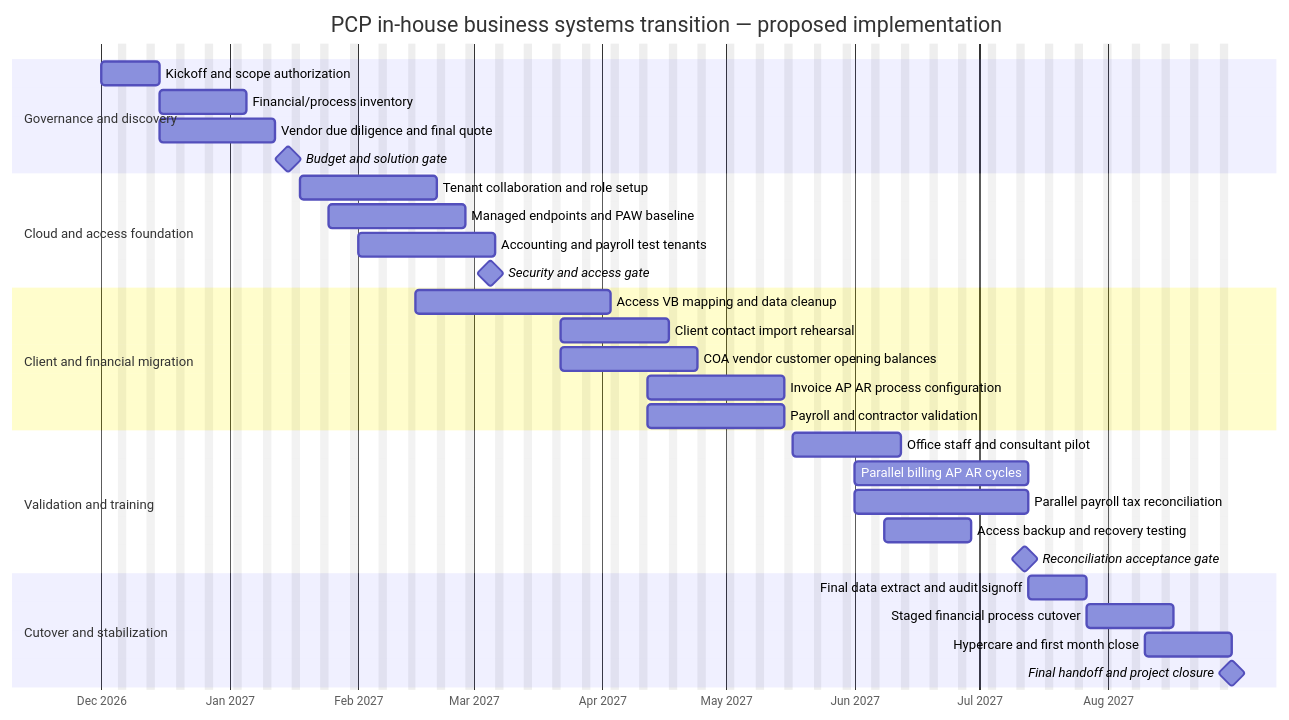
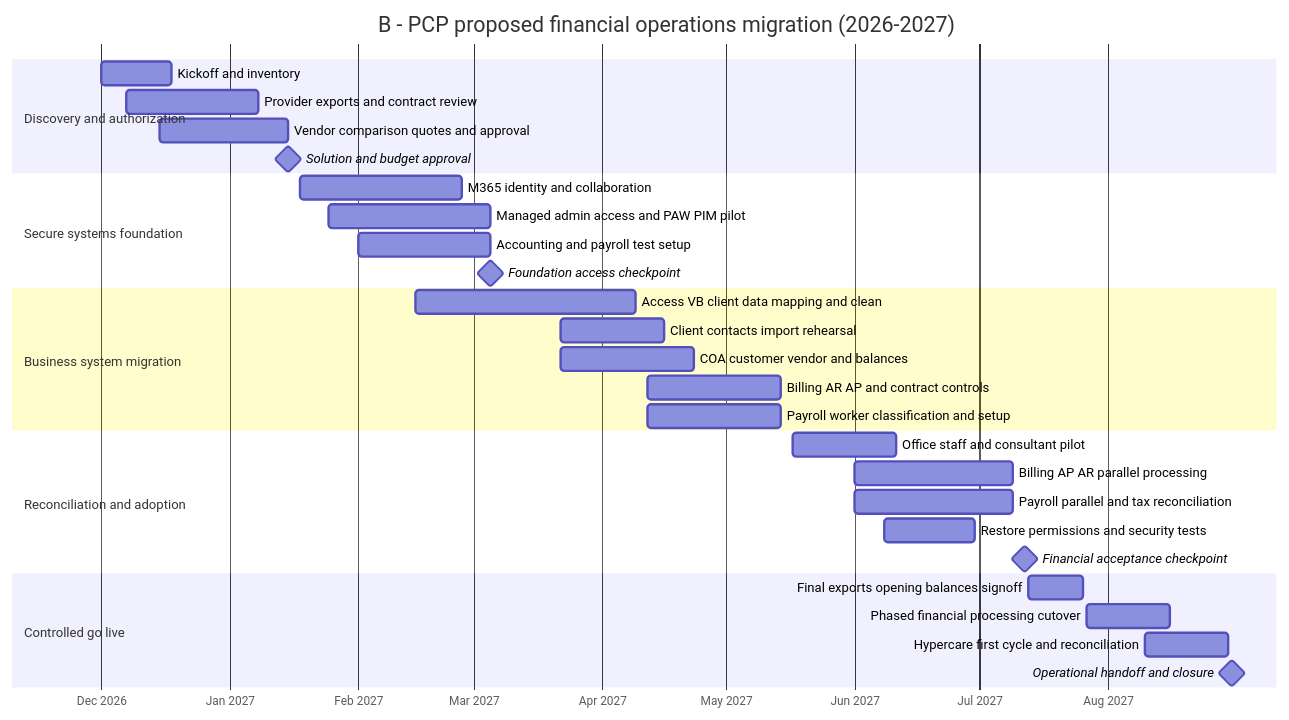
The second of 3 diagrams in docs/contingency/03-implementation-gantt.md (matthewkniskern-source/PCP-Project-Management-Consulting), drawn with Mermaid before and after one commit. The commit also changed other lines of this file, not shown here.

Commit message:
docs: expand contingency Gantt into academic, PCP rollout and integrated roadmap

````diff
--- a/docs/contingency/03-implementation-gantt.md
+++ b/docs/contingency/03-implementation-gantt.md
@@ -9,34 +39,33 @@
 ```mermaid
 gantt
-    title PCP in-house business systems transition — proposed implementation
-    dateFormat  YYYY-MM-DD
-    axisFormat  %b %Y
-    excludes weekends
-    section Governance and discovery
-    Kickoff and scope authorization       :g1, 2026-12-01, 10d
-    Financial/process inventory          :g2, after g1, 15d
-    Vendor due diligence and final quote :g3, 2026-12-15, 20d
-    Budget and solution gate             :milestone, gate1, 2027-01-15, 0d
-    section Cloud and access foundation
-    Tenant collaboration and role setup  :f1, 2027-01-18, 25d
-    Managed endpoints and PAW baseline   :f2, 2027-01-25, 25d
-    Accounting and payroll test tenants  :f3, 2027-02-01, 25d
-    Security and access gate             :milestone, gate2, 2027-03-05, 0d
-    section Client and financial migration
-    Access VB mapping and data cleanup   :d1, 2027-02-15, 35d
-    Client contact import rehearsal      :d2, 2027-03-22, 20d
-    COA vendor customer opening balances :d3, 2027-03-22, 25d
-    Invoice AP AR process configuration  :d4, 2027-04-12, 25d
-    Payroll and contractor validation    :d5, 2027-04-12, 25d
-    section Validation and training
-    Office staff and consultant pilot    :t1, 2027-05-17, 20d
-    Parallel billing AP AR cycles        :t2, 2027-06-01, 30d
-    Parallel payroll tax reconciliation  :t3, 2027-06-01, 30d
-    Access backup and recovery testing   :t4, 2027-06-08, 15d
-    Reconciliation acceptance gate       :milestone, gate3, 2027-07-12, 0d
-    section Cutover and stabilization
-    Final data extract and audit signoff :c1, 2027-07-13, 10d
-    Staged financial process cutover     :c2, 2027-07-27, 15d
-    Hypercare and first month close      :c3, 2027-08-10, 15d
-    Final handoff and project closure    :milestone, gate4, 2027-08-31, 0d
+    title B - PCP proposed financial operations migration (2026-2027)
+    dateFormat YYYY-MM-DD
+    axisFormat %b %Y
+    section Discovery and authorization
+    Kickoff and inventory                    :b1, 2026-12-01, 2026-12-18
+    Provider exports and contract review     :b2, 2026-12-07, 2027-01-08
+    Vendor comparison quotes and approval    :b3, 2026-12-15, 2027-01-15
+    Solution and budget approval             :milestone, bm1, 2027-01-15, 0d
+    section Secure systems foundation
+    M365 identity and collaboration          :b4, 2027-01-18, 2027-02-26
+    Managed admin access and PAW PIM pilot   :b5, 2027-01-25, 2027-03-05
+    Accounting and payroll test setup        :b6, 2027-02-01, 2027-03-05
+    Foundation access checkpoint             :milestone, bm2, 2027-03-05, 0d
+    section Business system migration
+    Access VB client data mapping and clean  :b7, 2027-02-15, 2027-04-09
+    Client contacts import rehearsal         :b8, 2027-03-22, 2027-04-16
+    COA customer vendor and balances         :b9, 2027-03-22, 2027-04-23
+    Billing AR AP and contract controls      :b10, 2027-04-12, 2027-05-14
+    Payroll worker classification and setup  :b11, 2027-04-12, 2027-05-14
+    section Reconciliation and adoption
+    Office staff and consultant pilot        :b12, 2027-05-17, 2027-06-11
+    Billing AP AR parallel processing        :b13, 2027-06-01, 2027-07-09
+    Payroll parallel and tax reconciliation  :b14, 2027-06-01, 2027-07-09
+    Restore permissions and security tests   :b15, 2027-06-08, 2027-06-30
+    Financial acceptance checkpoint          :milestone, bm3, 2027-07-12, 0d
+    section Controlled go live
+    Final exports opening balances signoff   :b16, 2027-07-13, 2027-07-26
+    Phased financial processing cutover      :b17, 2027-07-27, 2027-08-16
+    Hypercare first cycle and reconciliation :b18, 2027-08-10, 2027-08-30
+    Operational handoff and closure          :milestone, bm4, 2027-08-31, 0d
 ```
````
